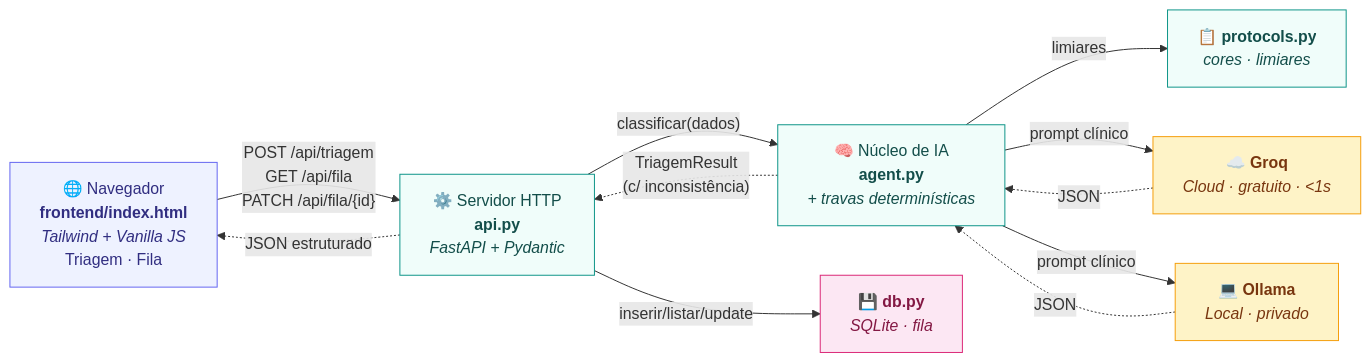
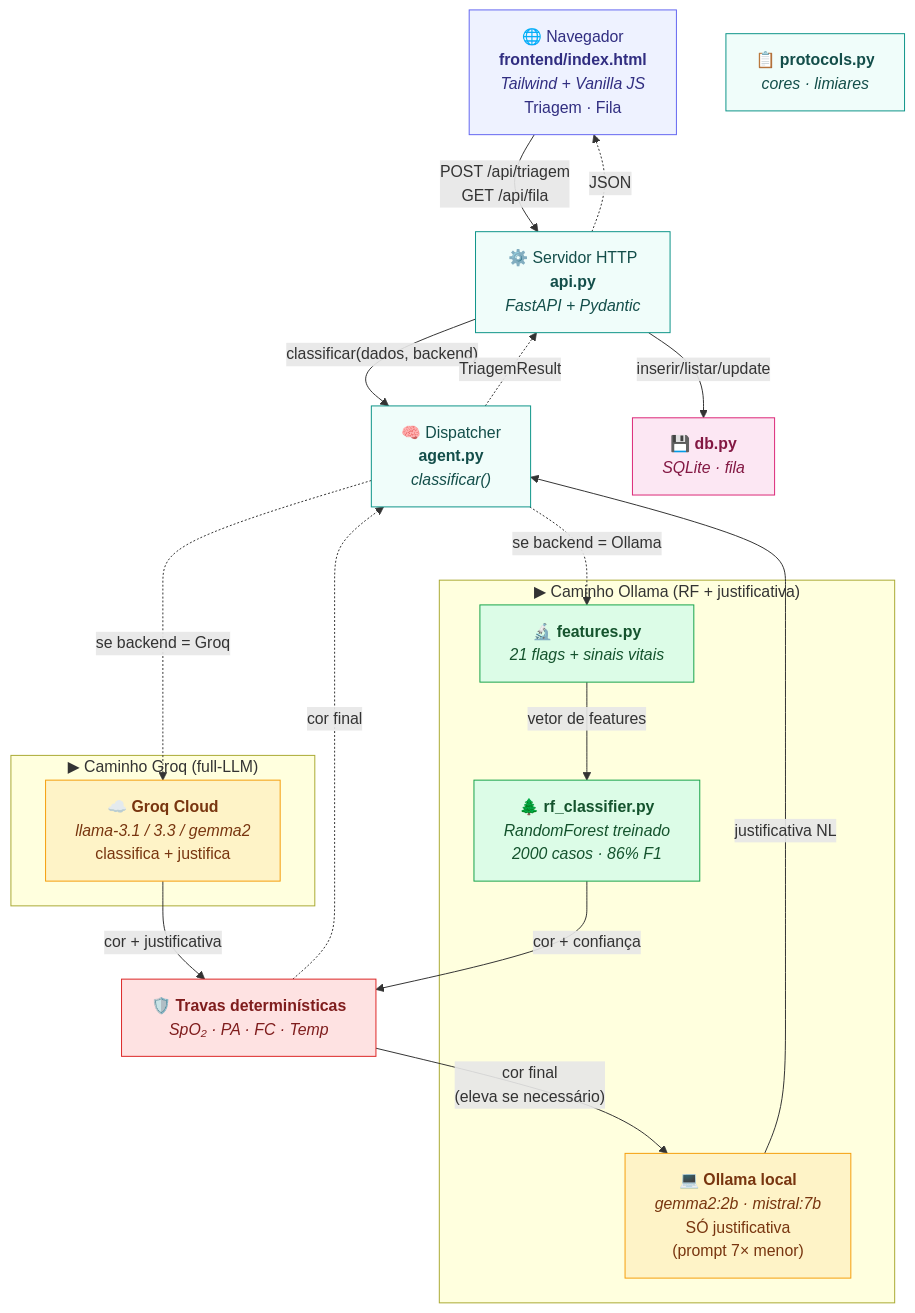
The diagram in README.md (Gabryel-w/manchester-ai), drawn with Mermaid before and after one commit. The commit also changed other lines of this file and 10 other files, not shown here.

Commit message:
feat: pipeline híbrido RF + LLM no backend Ollama

````diff
--- a/README.md
+++ b/README.md
@@ -54,30 +62,47 @@
 ```mermaid
-flowchart LR
+flowchart TB
     Browser["🌐 Navegador<br/><b>frontend/index.html</b><br/><i>Tailwind + Vanilla JS</i><br/>Triagem · Fila"]
     API["⚙️ Servidor HTTP<br/><b>api.py</b><br/><i>FastAPI + Pydantic</i>"]
-    Agent["🧠 Núcleo de IA<br/><b>agent.py</b><br/><i>+ travas determinísticas</i>"]
+    Agent["🧠 Dispatcher<br/><b>agent.py</b><br/><i>classificar()</i>"]
     Protocols["📋 <b>protocols.py</b><br/><i>cores · limiares</i>"]
     DB["💾 <b>db.py</b><br/><i>SQLite · fila</i>"]
-    Groq["☁️ <b>Groq</b><br/><i>Cloud · gratuito · &lt;1s</i>"]
-    Ollama["💻 <b>Ollama</b><br/><i>Local · privado</i>"]
+    Travas["🛡️ <b>Travas determinísticas</b><br/><i>SpO₂ · PA · FC · Temp</i>"]
 
-    Browser -- "POST /api/triagem<br/>GET /api/fila<br/>PATCH /api/fila/{id}" --> API
-    API -- "classificar(dados)" --> Agent
+    subgraph Groq_Path["▶ Caminho Groq (full-LLM)"]
+        Groq["☁️ <b>Groq Cloud</b><br/><i>llama-3.1 / 3.3 / gemma2</i><br/>classifica + justifica"]
+    end
+
+    subgraph Ollama_Path["▶ Caminho Ollama (RF + justificativa)"]
+        Features["🔬 <b>features.py</b><br/><i>21 flags + sinais vitais</i>"]
+        RF["🌲 <b>rf_classifier.py</b><br/><i>RandomForest treinado<br/>2000 casos · 86% F1</i>"]
+        OllamaLLM["💻 <b>Ollama local</b><br/><i>gemma2:2b · mistral:7b</i><br/>SÓ justificativa<br/>(prompt 7× menor)"]
+    end
+
+    Browser -- "POST /api/triagem<br/>GET /api/fila" --> API
     API -- "inserir/listar/update" --> DB
-    Agent -- "limiares" --> Protocols
-    Agent -- "prompt clínico" --> Groq
-    Agent -- "prompt clínico" --> Ollama
-    Groq -. "JSON" .-> Agent
-    Ollama -. "JSON" .-> Agent
-    Agent -. "TriagemResult<br/>(c/ inconsistência)" .-> API
-    API -. "JSON estruturado" .-> Browser
+    API -- "classificar(dados, backend)" --> Agent
+
+    Agent -. "se backend = Groq" .-> Groq
+    Agent -. "se backend = Ollama" .-> Features
+    Features -- "vetor de features" --> RF
+    RF -- "cor + confiança" --> Travas
+    Groq -- "cor + justificativa" --> Travas
+    Travas -- "cor final<br/>(eleva se necessário)" --> OllamaLLM
+    Travas -. "cor final" .-> Agent
+    OllamaLLM -- "justificativa NL" --> Agent
+    Agent -. "TriagemResult" .-> API
+    API -. "JSON" .-> Browser
 
     classDef cliente fill:#eef2ff,stroke:#6366f1,color:#312e81
     classDef servidor fill:#f0fdfa,stroke:#0d9488,color:#134e4a
     classDef storage fill:#fce7f3,stroke:#db2777,color:#831843
     classDef llm fill:#fef3c7,stroke:#f59e0b,color:#78350f
+    classDef ml fill:#dcfce7,stroke:#16a34a,color:#14532d
+    classDef rule fill:#fee2e2,stroke:#dc2626,color:#7f1d1d
     class Browser cliente
     class API,Agent,Protocols servidor
     class DB storage
-    class Groq,Ollama llm
+    class Groq,OllamaLLM llm
+    class Features,RF ml
+    class Travas rule
 ```
````
